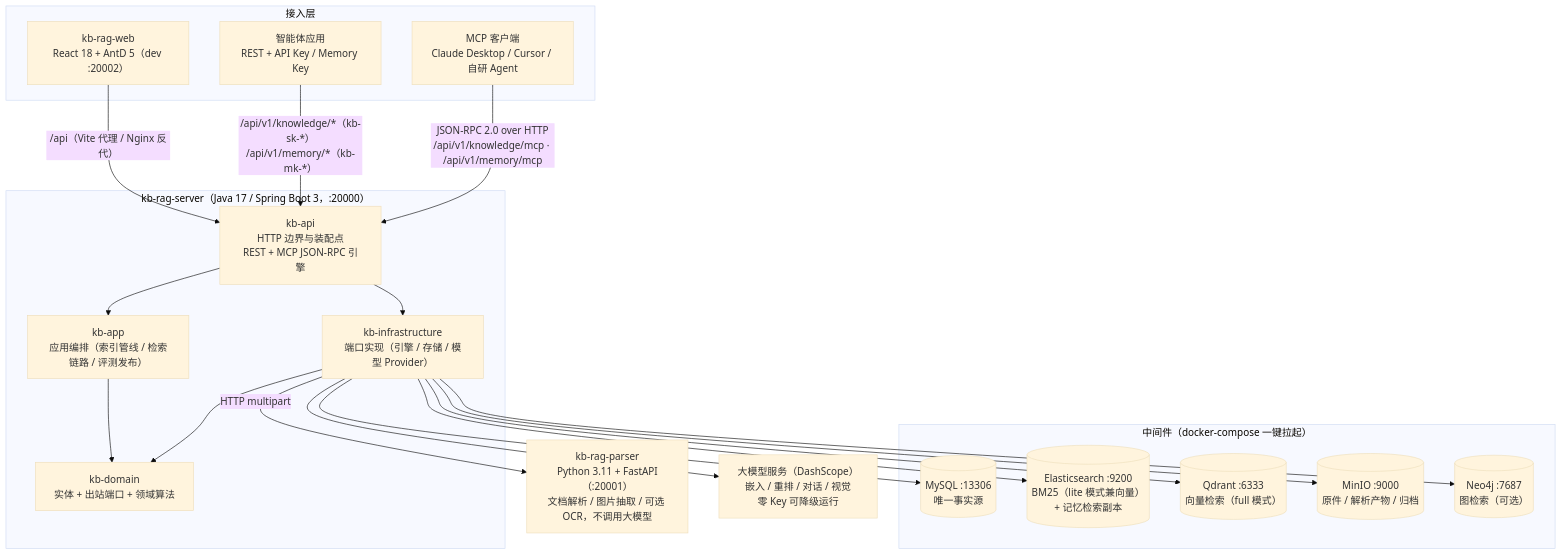
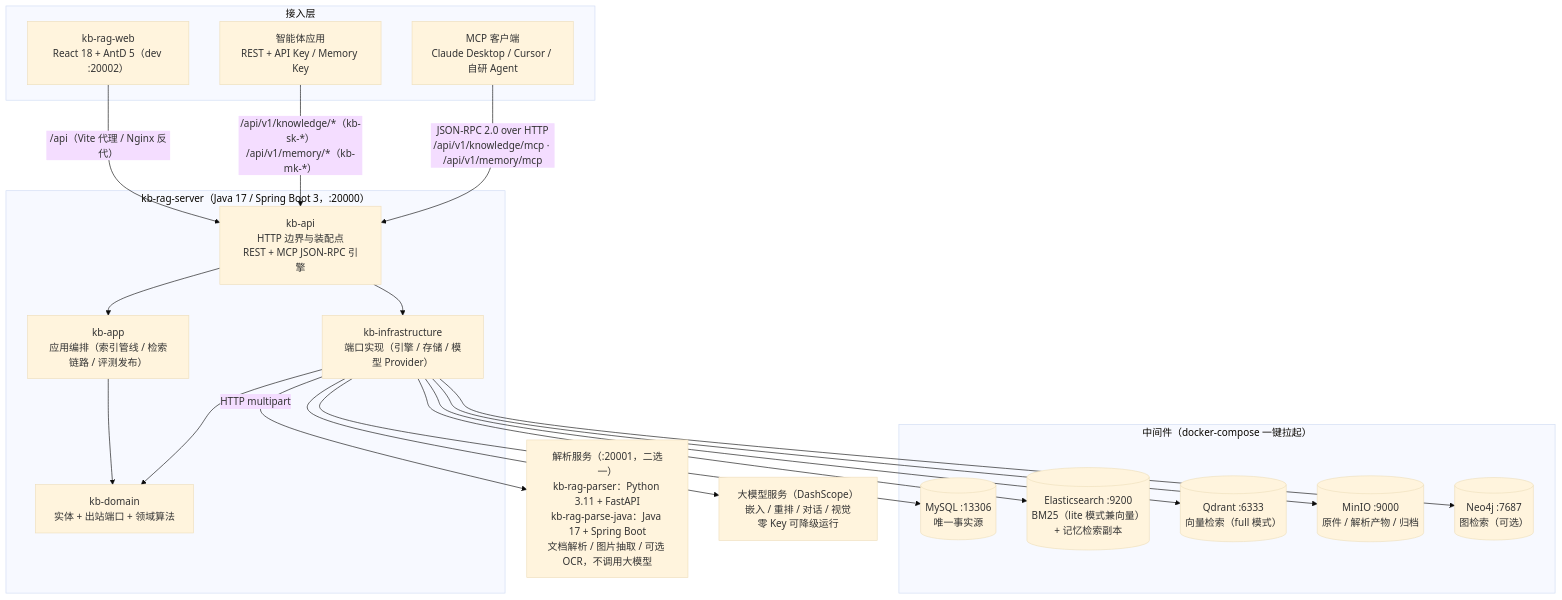
One commit to liulangjietou/kb-rag changed the first of 6 diagrams in README.md. Above: the diagram before and after it, drawn with Mermaid (base theme). The commit also changed other lines of this file and 97 other files, not shown here.

First line of the commit message:
feat(parse-java): 新增 Java 解析微服务 kb-rag-parse-java

````diff
--- a/README.md
+++ b/README.md
@@ -33,36 +33,36 @@
 ```mermaid
 flowchart TB
     subgraph clients["接入层"]
         WEB["kb-rag-web<br/>React 18 + AntD 5（dev :20002）"]
         AGENT["智能体应用<br/>REST + API Key / Memory Key"]
         MCPC["MCP 客户端<br/>Claude Desktop / Cursor / 自研 Agent"]
     end
 
     subgraph server["kb-rag-server（Java 17 / Spring Boot 3，:20000）"]
         API["kb-api<br/>HTTP 边界与装配点<br/>REST + MCP JSON-RPC 引擎"]
         APP["kb-app<br/>应用编排（索引管线 / 检索链路 / 评测发布）"]
         DOMAIN["kb-domain<br/>实体 + 出站端口 + 领域算法"]
         INFRA["kb-infrastructure<br/>端口实现（引擎 / 存储 / 模型 Provider）"]
         API --> APP --> DOMAIN
         API --> INFRA --> DOMAIN
     end
 
-    PARSER["kb-rag-parser<br/>Python 3.11 + FastAPI（:20001）<br/>文档解析 / 图片抽取 / 可选 OCR，不调用大模型"]
+    PARSER["解析服务（:20001，二选一）<br/>kb-rag-parser：Python 3.11 + FastAPI<br/>kb-rag-parse-java：Java 17 + Spring Boot<br/>文档解析 / 图片抽取 / 可选 OCR，不调用大模型"]
 
     subgraph middleware["中间件（docker-compose 一键拉起）"]
         MYSQL[("MySQL :13306<br/>唯一事实源")]
         ES[("Elasticsearch :9200<br/>BM25（lite 模式兼向量）<br/>+ 记忆检索副本")]
         QDRANT[("Qdrant :6333<br/>向量检索（full 模式）")]
         MINIO[("MinIO :9000<br/>原件 / 解析产物 / 归档")]
         NEO4J[("Neo4j :7687<br/>图检索（可选）")]
     end
 
     LLM["大模型服务（DashScope）<br/>嵌入 / 重排 / 对话 / 视觉<br/>零 Key 可降级运行"]
 
     WEB -- "/api（Vite 代理 / Nginx 反代）" --> API
     AGENT -- "/api/v1/knowledge/*（kb-sk-*）<br/>/api/v1/memory/*（kb-mk-*）" --> API
     MCPC -- "JSON-RPC 2.0 over HTTP<br/>/api/v1/knowledge/mcp · /api/v1/memory/mcp" --> API
     INFRA -- "HTTP multipart" --> PARSER
     INFRA --> MYSQL & ES & QDRANT & MINIO & NEO4J
     INFRA --> LLM
 ```
````
